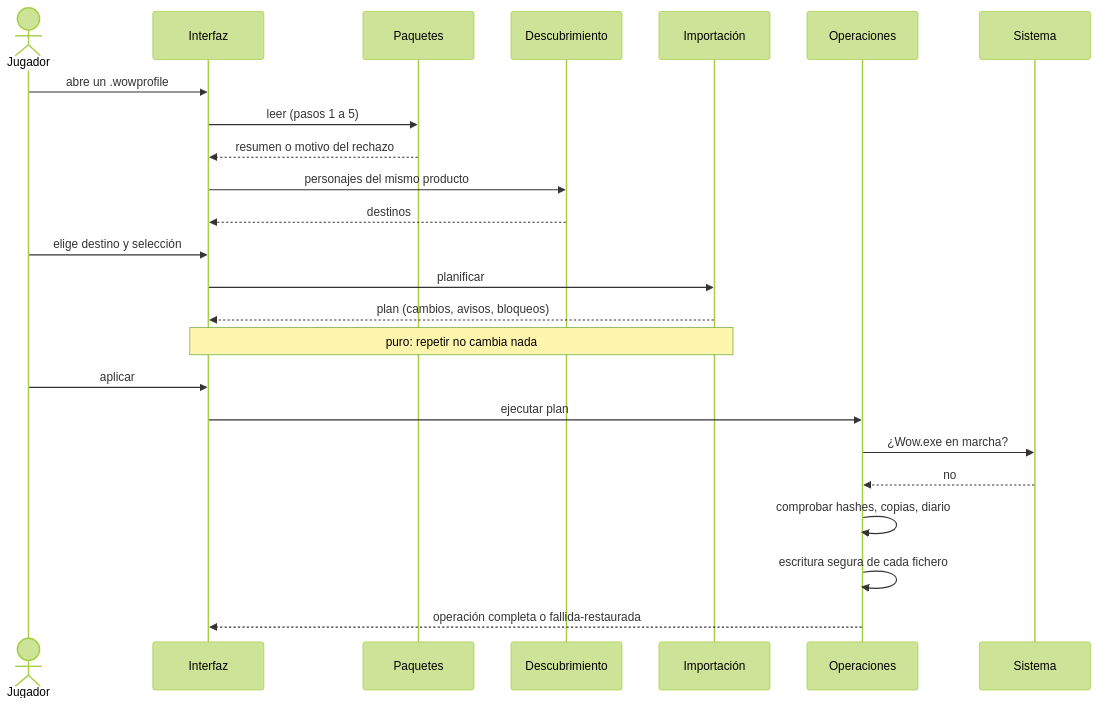
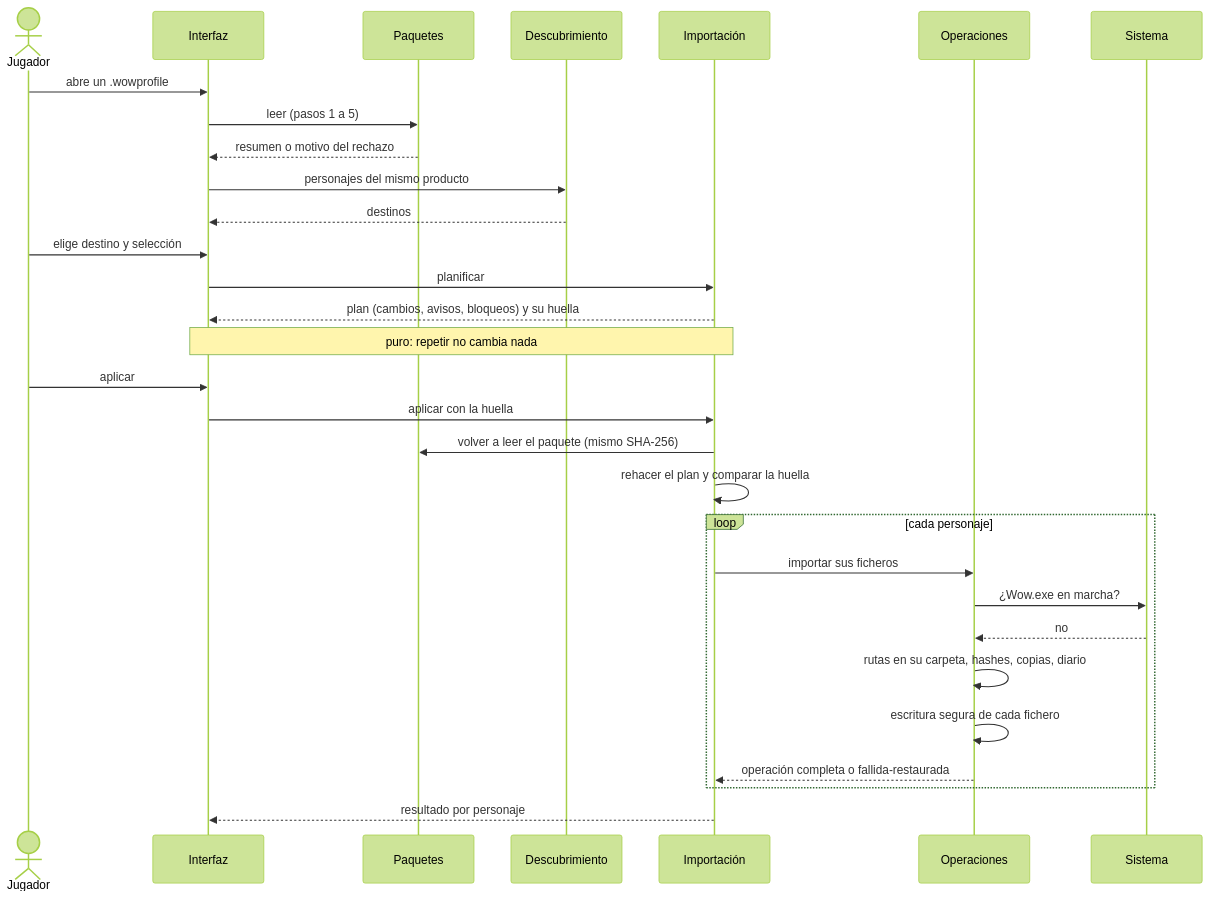
One commit to SergioVertedor/wow-profile-manager changed the third of 3 diagrams in docs/arquitectura.md. Above: the diagram before and after it, drawn with Mermaid (forest theme). The commit also changed other lines of this file and 8 other files, not shown here.

First line of the commit message:
fix: arreglos de la revisión y documentos de aplicar e importar (#63)

````diff
--- a/docs/arquitectura.md
+++ b/docs/arquitectura.md
@@ -99,27 +99,33 @@
 ```mermaid
 sequenceDiagram
     actor J as Jugador
     participant UI as Interfaz
     participant P as Paquetes
     participant D as Descubrimiento
     participant I as Importación
     participant O as Operaciones
     participant S as Sistema
 
     J->>UI: abre un .wowprofile
     UI->>P: leer (pasos 1 a 5)
     P-->>UI: resumen o motivo del rechazo
     UI->>D: personajes del mismo producto
     D-->>UI: destinos
     J->>UI: elige destino y selección
     UI->>I: planificar
-    I-->>UI: plan (cambios, avisos, bloqueos)
+    I-->>UI: plan (cambios, avisos, bloqueos) y su huella
     Note over UI,I: puro: repetir no cambia nada
     J->>UI: aplicar
-    UI->>O: ejecutar plan
-    O->>S: ¿Wow.exe en marcha?
-    S-->>O: no
-    O->>O: comprobar hashes, copias, diario
-    O->>O: escritura segura de cada fichero
-    O-->>UI: operación completa o fallida-restaurada
+    UI->>I: aplicar con la huella
+    I->>P: volver a leer el paquete (mismo SHA-256)
+    I->>I: rehacer el plan y comparar la huella
+    loop cada personaje
+        I->>O: importar sus ficheros
+        O->>S: ¿Wow.exe en marcha?
+        S-->>O: no
+        O->>O: rutas en su carpeta, hashes, copias, diario
+        O->>O: escritura segura de cada fichero
+        O-->>I: operación completa o fallida-restaurada
+    end
+    I-->>UI: resultado por personaje
 ```
````
